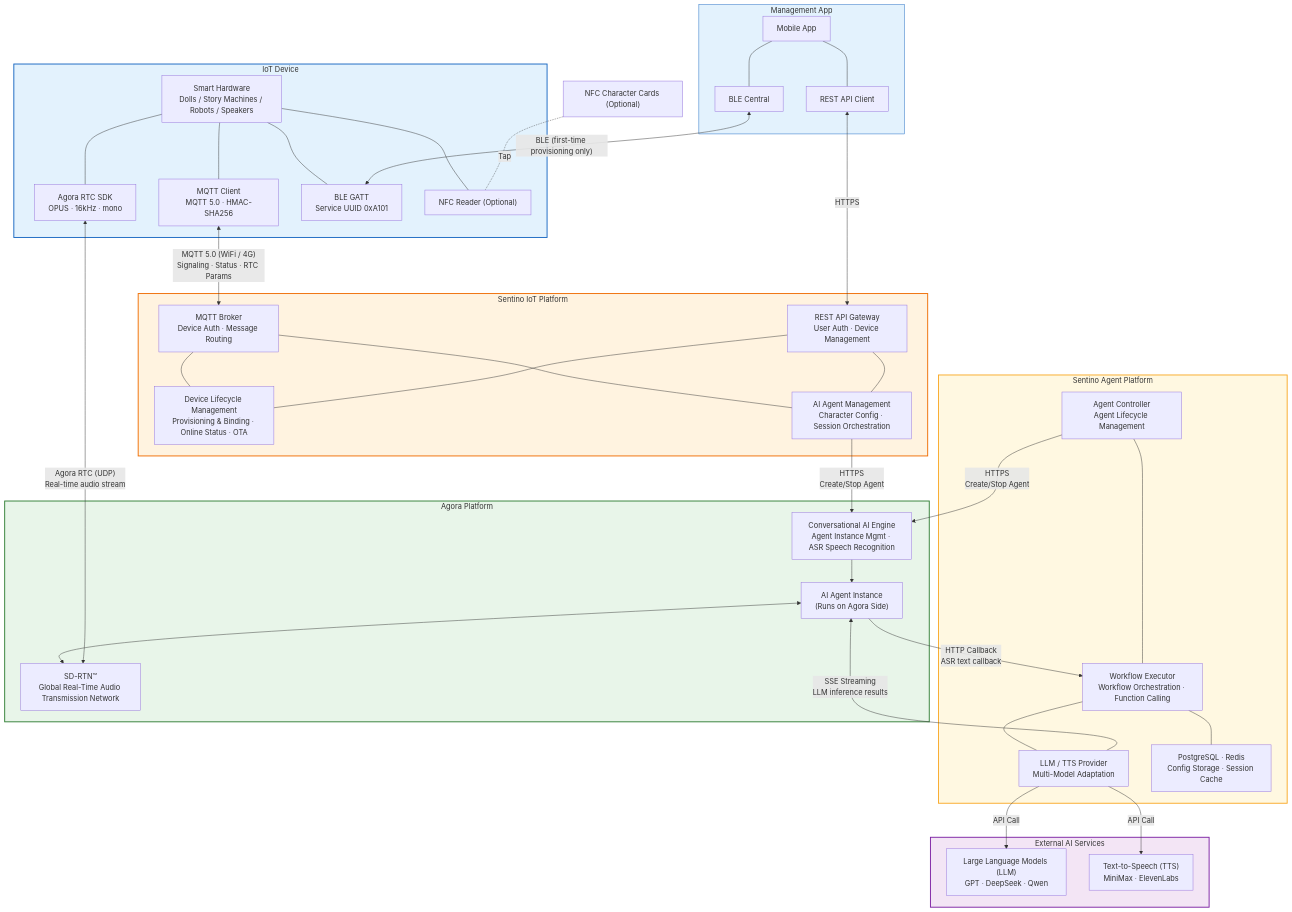
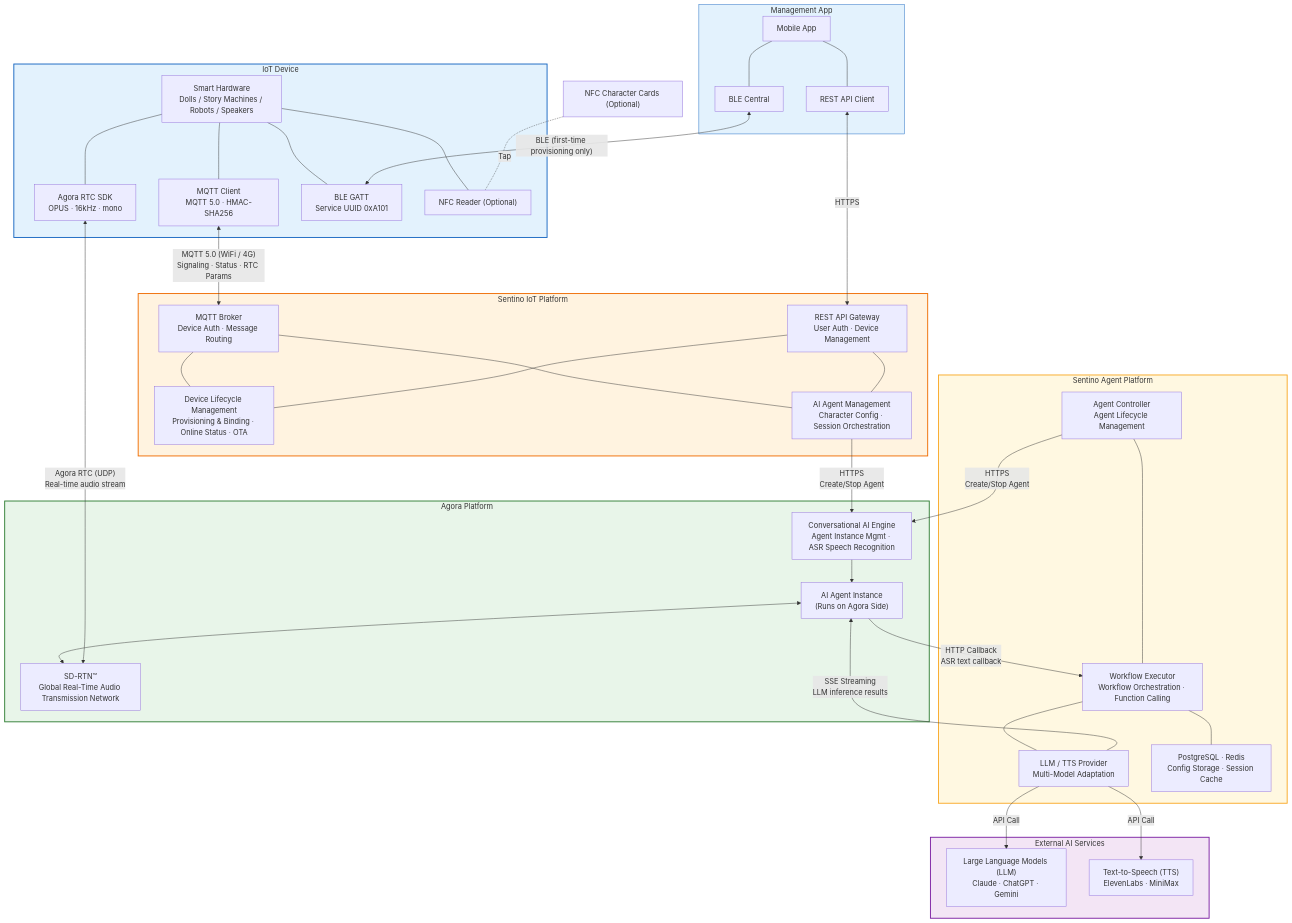
The first of 2 diagrams in architecture-technical-en.md (sentino-jp/iot-docs), drawn with Mermaid before and after one commit. The commit also changed other lines of this file and 8 other files, not shown here.

First line of the commit message:
docs: add English translations for all architecture docs and update API examples

```diff
--- a/architecture-technical-en.md
+++ b/architecture-technical-en.md
@@ -60,8 +60,8 @@
     end
 
     subgraph ExternalAI["External AI Services"]
-        LLM["Large Language Models (LLM)<br/>GPT · DeepSeek · Qwen"]
-        TTS["Text-to-Speech (TTS)<br/>MiniMax · ElevenLabs"]
+        LLM["Large Language Models (LLM)<br/>Claude · ChatGPT · Gemini"]
+        TTS["Text-to-Speech (TTS)<br/>ElevenLabs · MiniMax"]
     end
 
     %% IoT path
```
